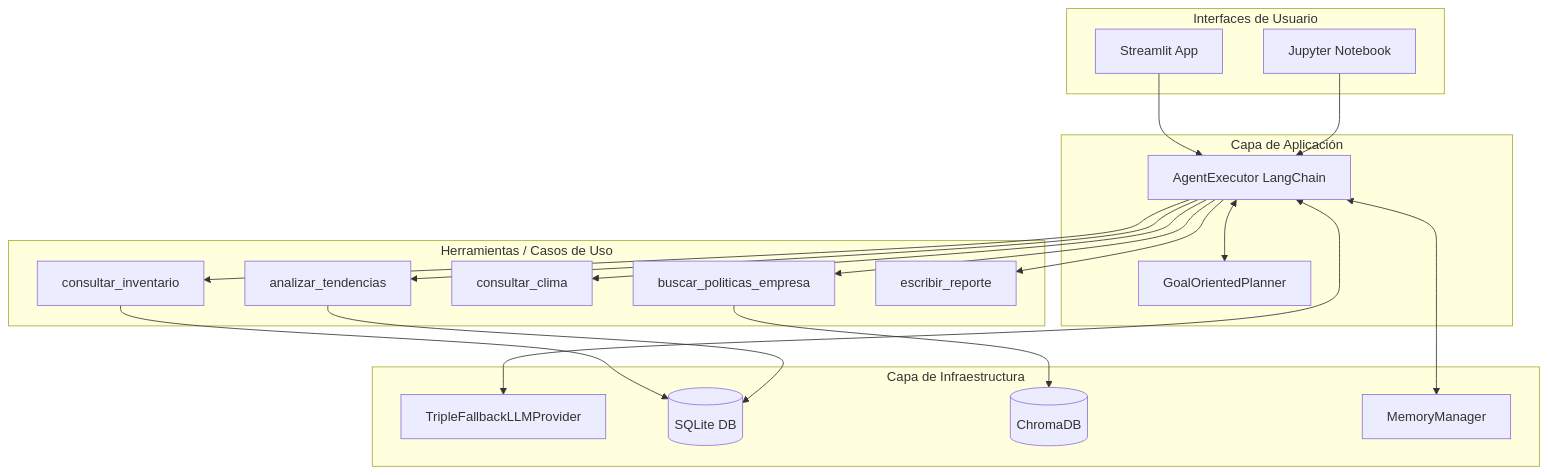
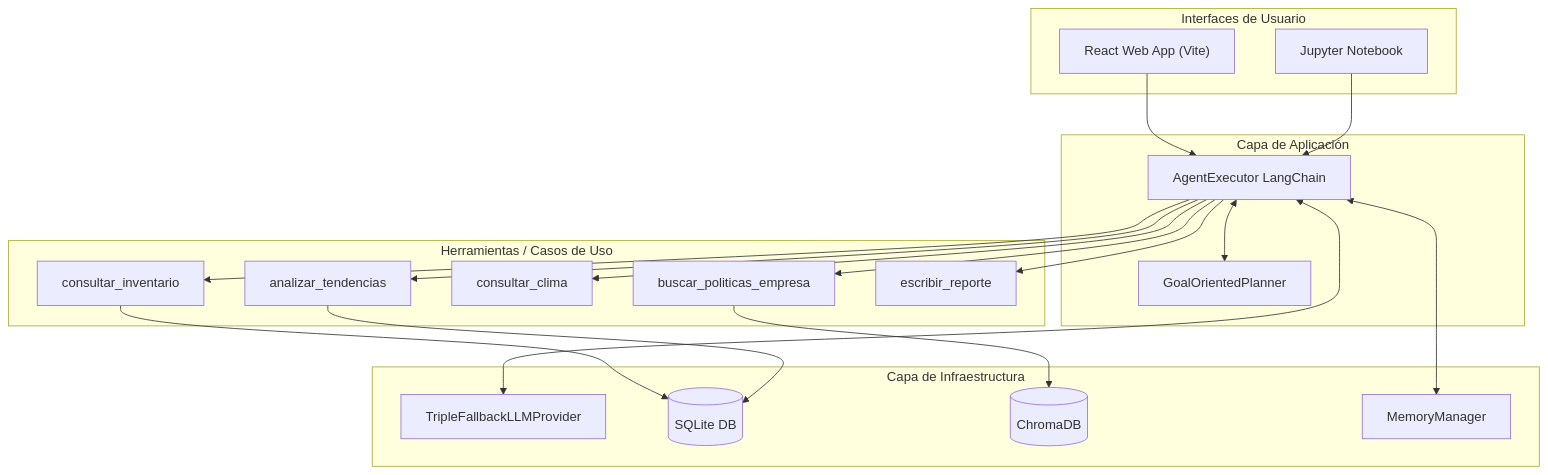
Before and after one commit to HecAguilaV/SolucionesIA: the diagram in docs/Arquitectura.md, drawn with Mermaid. The commit also changed 10 other files, not shown here.

Commit message:
feat: persist chat, fix input autofocus and correct architecture documentation diagrams

````diff
--- a/docs/Arquitectura.md
+++ b/docs/Arquitectura.md
@@ -7,44 +7,44 @@
 ```mermaid
 graph TD
-    subgraph UI [Interfaces de Usuario]
-        ST[Streamlit App]
-        NB[Jupyter Notebook]
+    subgraph UI ["Interfaces de Usuario"]
+        React["React Web App (Vite)"]
+        NB["Jupyter Notebook"]
     end
 
-    subgraph App [Capa de Aplicación]
-        AE[AgentExecutor LangChain]
-        PLAN[GoalOrientedPlanner]
+    subgraph App ["Capa de Aplicación"]
+        AE["AgentExecutor LangChain"]
+        PLAN["GoalOrientedPlanner"]
     end
 
-    subgraph Dominio [Herramientas / Casos de Uso]
-        T1[consultar_inventario]
-        T2[analizar_tendencias]
-        T3[consultar_clima]
-        T4[buscar_politicas_empresa]
-        T5[escribir_reporte]
+    subgraph Dominio ["Herramientas / Casos de Uso"]
+        T1["consultar_inventario"]
+        T2["analizar_tendencias"]
+        T3["consultar_clima"]
+        T4["buscar_politicas_empresa"]
+        T5["escribir_reporte"]
     end
 
-    subgraph Infra [Capa de Infraestructura]
-        LLM[TripleFallbackLLMProvider]
-        SQL[(SQLite DB)]
-        VEC[(ChromaDB)]
-        MEM[MemoryManager]
+    subgraph Infra ["Capa de Infraestructura"]
+        LLM["TripleFallbackLLMProvider"]
+        SQL[("SQLite DB")]
+        VEC[("ChromaDB")]
+        MEM["MemoryManager"]
     end
 
-    ST --> AE
+    React --> AE
     NB --> AE
     AE <--> PLAN
     
     AE --> T1
     AE --> T2
     AE --> T3
     AE --> T4
     AE --> T5
     
     T1 --> SQL
     T2 --> SQL
     T4 --> VEC
     
     AE <--> MEM
     AE <--> LLM
 ```
````
